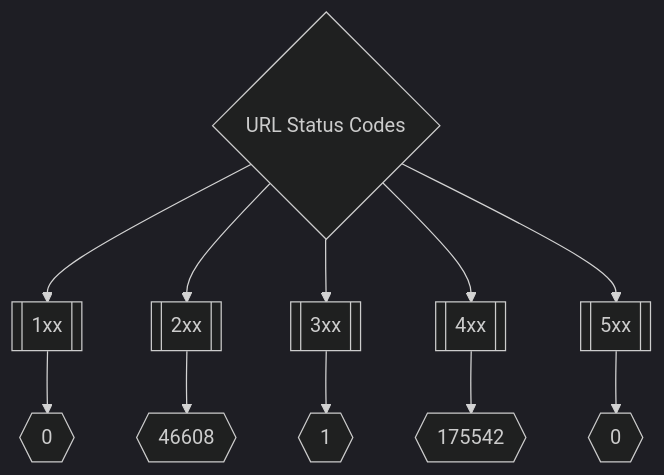
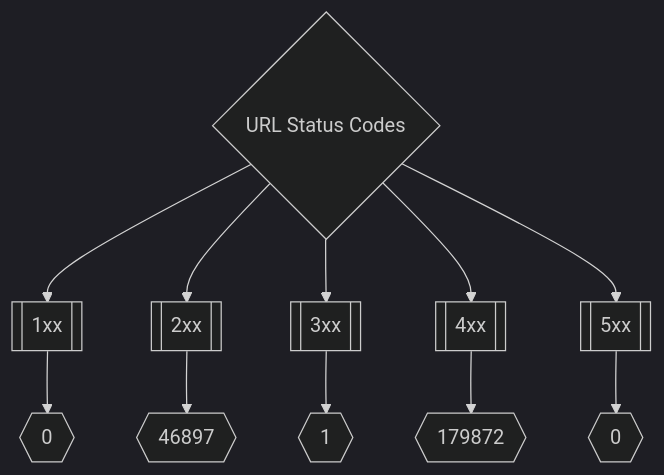
Before and after one commit to trickest/inventory: the second of 3 diagrams in README.md, drawn with Mermaid (dark theme). The commit also changed other lines of this file and 264 other files, not shown here.

````diff
--- a/README.md
+++ b/README.md
@@ -173,8 +173,8 @@
 ```mermaid
 graph TD
 title{URL Status Codes} --> 1xx[[1xx]] --> status1xxNum{{0}}
-title --> 2xx[[2xx]] --> status2xxNum{{46608}}
+title --> 2xx[[2xx]] --> status2xxNum{{46897}}
 title --> 3xx[[3xx]] --> status3xxNum{{1}}
-title --> 4xx[[4xx]] --> status4xxNum{{175542}}
+title --> 4xx[[4xx]] --> status4xxNum{{179872}}
 title --> 5xx[[5xx]] --> status5xxNum{{0}}
 ```
````
